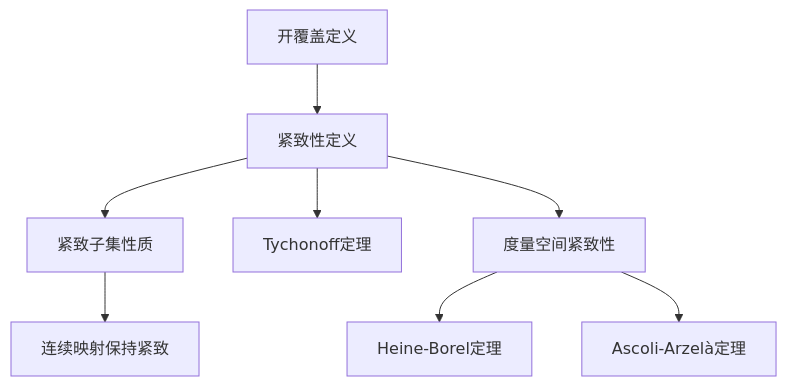
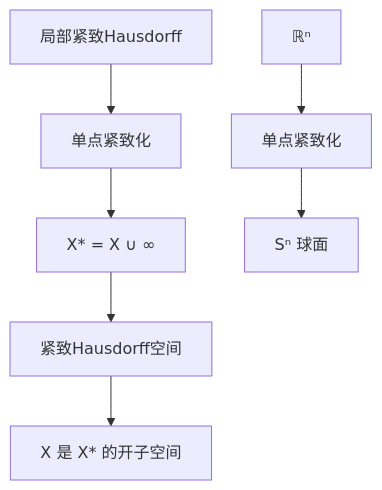
Before and after one commit to AdaMartin18010/FormalMath: the seventh of 10 diagrams in docs/00-推理判断树/03-拓扑学推理树.md, drawn with Mermaid. The commit also changed other lines of this file and 107 other files, not shown here.

````diff
--- a/docs/00-推理判断树/03-拓扑学推理树.md
+++ b/docs/00-推理判断树/03-拓扑学推理树.md
@@ -421,10 +371,10 @@
 ```mermaid
 graph TD
-    A[开覆盖定义] --> B[紧致性定义]
-    B --> C[紧致子集性质]
-    B --> D[Tychonoff定理]
-    B --> E[度量空间紧致性]
-    E --> F[Heine-Borel定理]
-    E --> G[Ascoli-Arzelà定理]
-    C --> H[连续映射保持紧致]
+    A[局部紧致Hausdorff] --> B[单点紧致化]
+    B --> C[X* = X ∪ ∞]
+    C --> D[紧致Hausdorff空间]
+    D --> E[X 是 X* 的开子空间]
+    
+    F[ℝⁿ] --> G[单点紧致化]
+    G --> H[Sⁿ 球面]
 ```
````
